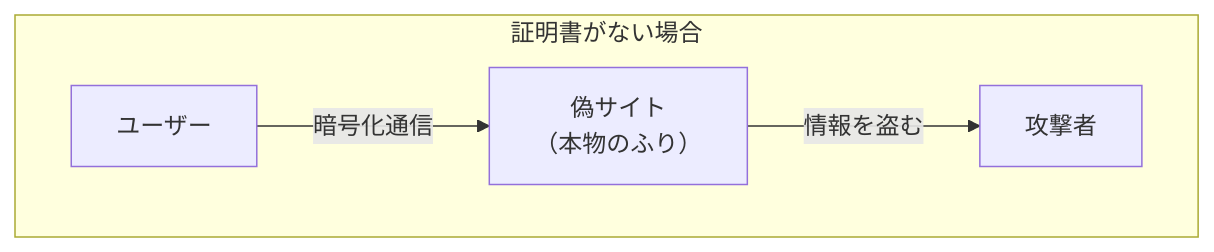
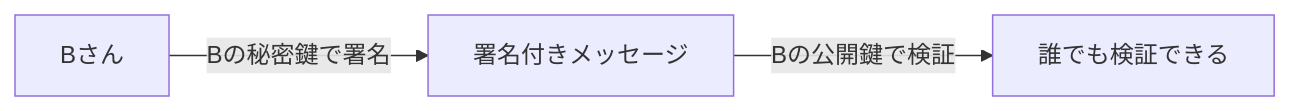
The seventh of 15 diagrams in docs/curriculum/02-aws-http.md (muratanaoki/party-box), drawn with Mermaid before and after one commit. The commit also changed other lines of this file, not shown here.

````diff
--- a/docs/curriculum/02-aws-http.md
+++ b/docs/curriculum/02-aws-http.md
@@ -242,7 +257,5 @@
 ```mermaid
-flowchart TB
-    subgraph Problem["証明書がない場合"]
-        U1["ユーザー"] -->|暗号化通信| F["偽サイト<br/>（本物のふり）"]
-        F -->|情報を盗む| A["攻撃者"]
-    end
+flowchart LR
+    B["Bさん"] -->|Bの秘密鍵で署名| Msg["署名付きメッセージ"]
+    Msg -->|Bの公開鍵で検証| A["誰でも検証できる"]
 ```
````
